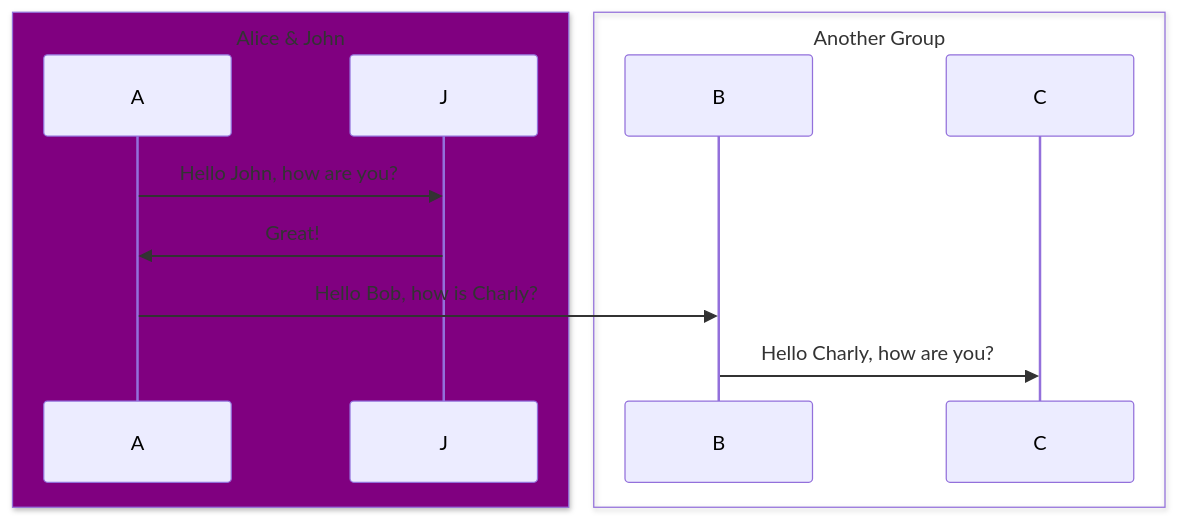
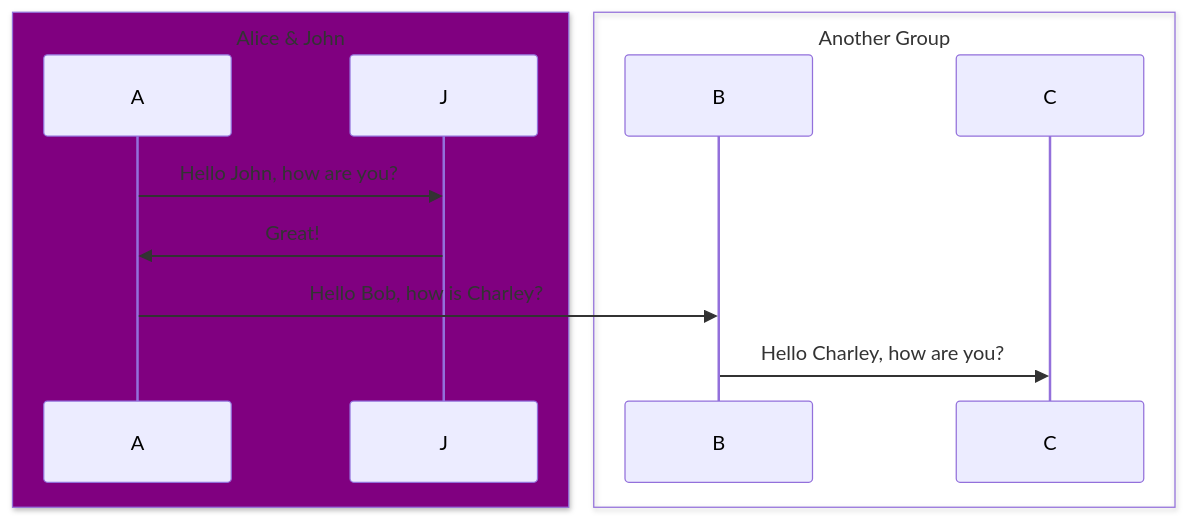
One commit to mermaid-js/mermaid changed the sixth of 25 diagrams in docs/syntax/sequenceDiagram.md. Above: the diagram before and after it, drawn with Mermaid. The commit also changed other lines of this file and 95 other files, not shown here.

````diff
--- a/docs/syntax/sequenceDiagram.md
+++ b/docs/syntax/sequenceDiagram.md
@@ -179,15 +179,15 @@
 ```mermaid
     sequenceDiagram
     box Purple Alice & John
     participant A
     participant J
     end
     box Another Group
     participant B
     participant C
     end
     A->>J: Hello John, how are you?
     J->>A: Great!
-    A->>B: Hello Bob, how is Charly?
-    B->>C: Hello Charly, how are you?
+    A->>B: Hello Bob, how is Charley?
+    B->>C: Hello Charley, how are you?
 ```
````
